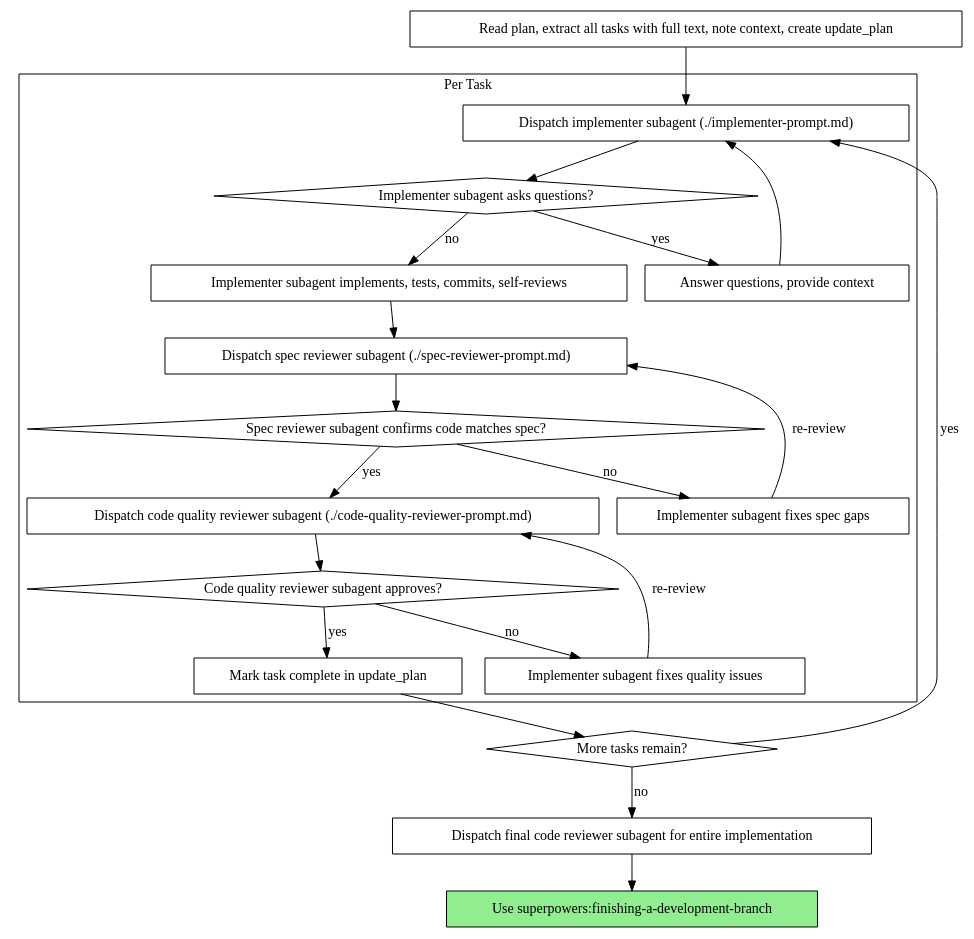
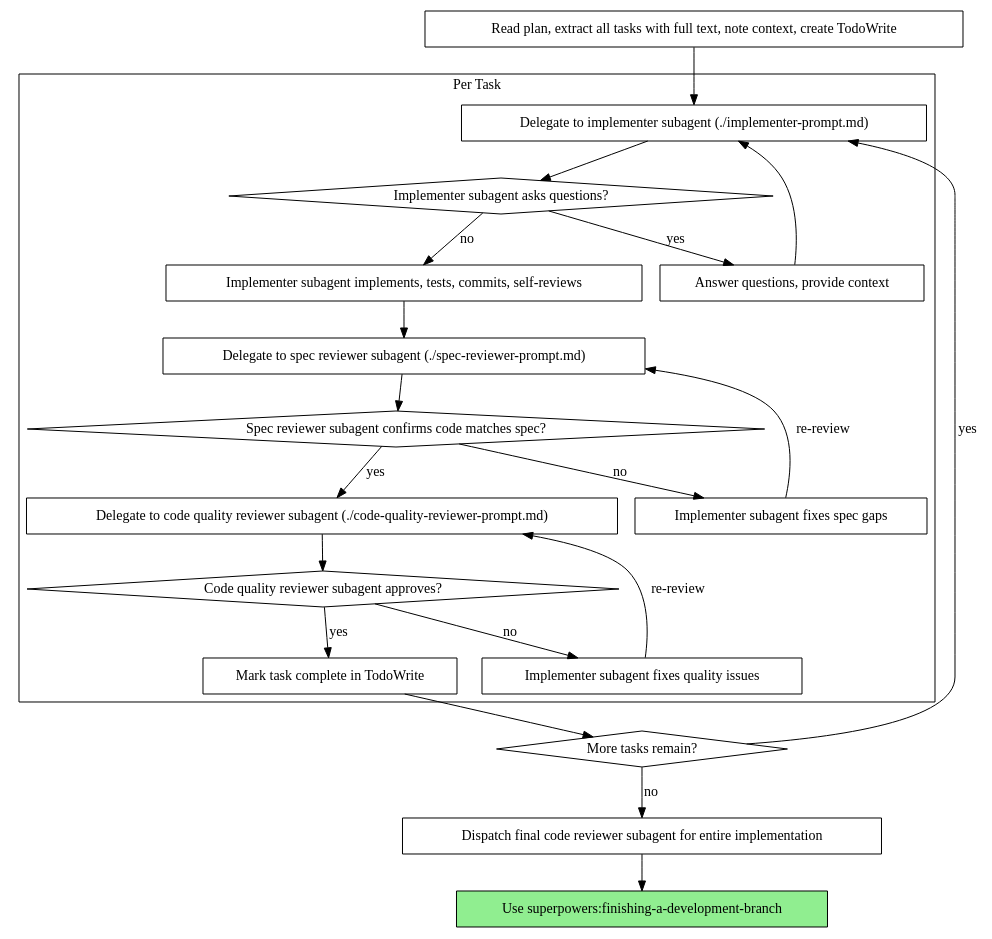
One commit to obra/superpowers changed the second of 2 diagrams in skills/subagent-driven-development/SKILL.md. Above: the diagram before and after it, drawn with Graphviz. The commit also changed other lines of this file and 8 other files, not shown here.

First line of the commit message:
fix: Update all skills with accurate Qwen Code tool names and subagent model

````diff
--- a/skills/subagent-driven-development/SKILL.md
+++ b/skills/subagent-driven-development/SKILL.md
@@ -42,44 +45,44 @@
 ```dot
 digraph process {
     rankdir=TB;
 
     subgraph cluster_per_task {
         label="Per Task";
-        "Dispatch implementer subagent (./implementer-prompt.md)" [shape=box];
+        "Delegate to implementer subagent (./implementer-prompt.md)" [shape=box];
         "Implementer subagent asks questions?" [shape=diamond];
         "Answer questions, provide context" [shape=box];
         "Implementer subagent implements, tests, commits, self-reviews" [shape=box];
-        "Dispatch spec reviewer subagent (./spec-reviewer-prompt.md)" [shape=box];
+        "Delegate to spec reviewer subagent (./spec-reviewer-prompt.md)" [shape=box];
         "Spec reviewer subagent confirms code matches spec?" [shape=diamond];
         "Implementer subagent fixes spec gaps" [shape=box];
-        "Dispatch code quality reviewer subagent (./code-quality-reviewer-prompt.md)" [shape=box];
+        "Delegate to code quality reviewer subagent (./code-quality-reviewer-prompt.md)" [shape=box];
         "Code quality reviewer subagent approves?" [shape=diamond];
         "Implementer subagent fixes quality issues" [shape=box];
-        "Mark task complete in update_plan" [shape=box];
+        "Mark task complete in TodoWrite" [shape=box];
     }
 
-    "Read plan, extract all tasks with full text, note context, create update_plan" [shape=box];
+    "Read plan, extract all tasks with full text, note context, create TodoWrite" [shape=box];
     "More tasks remain?" [shape=diamond];
     "Dispatch final code reviewer subagent for entire implementation" [shape=box];
     "Use superpowers:finishing-a-development-branch" [shape=box style=filled fillcolor=lightgreen];
 
-    "Read plan, extract all tasks with full text, note context, create update_plan" -> "Dispatch implementer subagent (./implementer-prompt.md)";
-    "Dispatch implementer subagent (./implementer-prompt.md)" -> "Implementer subagent asks questions?";
+    "Read plan, extract all tasks with full text, note context, create TodoWrite" -> "Delegate to implementer subagent (./implementer-prompt.md)";
+    "Delegate to implementer subagent (./implementer-prompt.md)" -> "Implementer subagent asks questions?";
     "Implementer subagent asks questions?" -> "Answer questions, provide context" [label="yes"];
-    "Answer questions, provide context" -> "Dispatch implementer subagent (./implementer-prompt.md)";
+    "Answer questions, provide context" -> "Delegate to implementer subagent (./implementer-prompt.md)";
     "Implementer subagent asks questions?" -> "Implementer subagent implements, tests, commits, self-reviews" [label="no"];
-    "Implementer subagent implements, tests, commits, self-reviews" -> "Dispatch spec reviewer subagent (./spec-reviewer-prompt.md)";
-    "Dispatch spec reviewer subagent (./spec-reviewer-prompt.md)" -> "Spec reviewer subagent confirms code matches spec?";
+    "Implementer subagent implements, tests, commits, self-reviews" -> "Delegate to spec reviewer subagent (./spec-reviewer-prompt.md)";
+    "Delegate to spec reviewer subagent (./spec-reviewer-prompt.md)" -> "Spec reviewer subagent confirms code matches spec?";
     "Spec reviewer subagent confirms code matches spec?" -> "Implementer subagent fixes spec gaps" [label="no"];
-    "Implementer subagent fixes spec gaps" -> "Dispatch spec reviewer subagent (./spec-reviewer-prompt.md)" [label="re-review"];
-    "Spec reviewer subagent confirms code matches spec?" -> "Dispatch code quality reviewer subagent (./code-quality-reviewer-prompt.md)" [label="yes"];
-    "Dispatch code quality reviewer subagent (./code-quality-reviewer-prompt.md)" -> "Code quality reviewer subagent approves?";
+    "Implementer subagent fixes spec gaps" -> "Delegate to spec reviewer subagent (./spec-reviewer-prompt.md)" [label="re-review"];
+    "Spec reviewer subagent confirms code matches spec?" -> "Delegate to code quality reviewer subagent (./code-quality-reviewer-prompt.md)" [label="yes"];
+    "Delegate to code quality reviewer subagent (./code-quality-reviewer-prompt.md)" -> "Code quality reviewer subagent approves?";
     "Code quality reviewer subagent approves?" -> "Implementer subagent fixes quality issues" [label="no"];
-    "Implementer subagent fixes quality issues" -> "Dispatch code quality reviewer subagent (./code-quality-reviewer-prompt.md)" [label="re-review"];
-    "Code quality reviewer subagent approves?" -> "Mark task complete in update_plan" [label="yes"];
-    "Mark task complete in update_plan" -> "More tasks remain?";
-    "More tasks remain?" -> "Dispatch implementer subagent (./implementer-prompt.md)" [label="yes"];
+    "Implementer subagent fixes quality issues" -> "Delegate to code quality reviewer subagent (./code-quality-reviewer-prompt.md)" [label="re-review"];
+    "Code quality reviewer subagent approves?" -> "Mark task complete in TodoWrite" [label="yes"];
+    "Mark task complete in TodoWrite" -> "More tasks remain?";
+    "More tasks remain?" -> "Delegate to implementer subagent (./implementer-prompt.md)" [label="yes"];
     "More tasks remain?" -> "Dispatch final code reviewer subagent for entire implementation" [label="no"];
     "Dispatch final code reviewer subagent for entire implementation" -> "Use superpowers:finishing-a-development-branch";
 }
 ```
````
